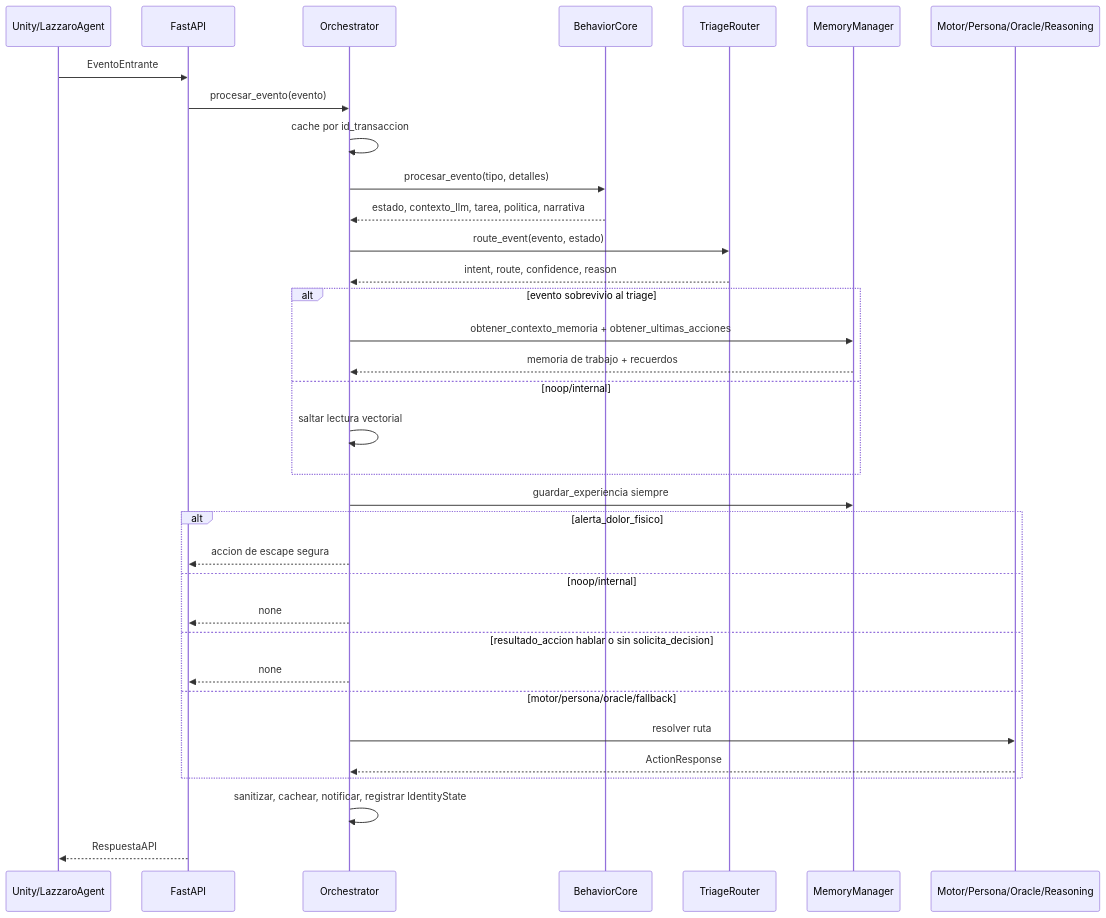
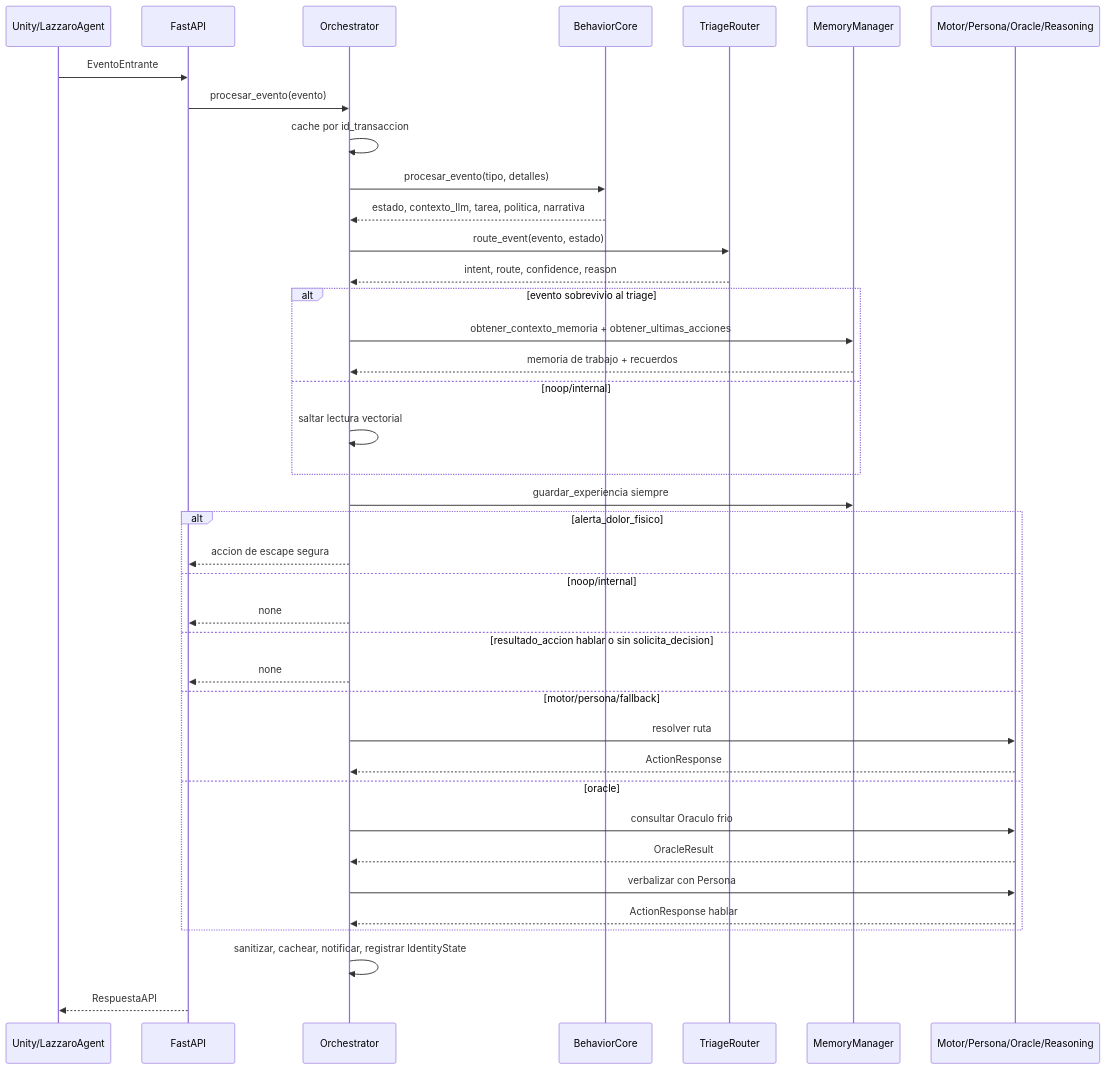
Before and after one commit to Genrex-code/Lazzaro: the second of 4 diagrams in docs/arquitectura_completa_lazzaro.md, drawn with Mermaid. The commit also changed other lines of this file and 11 other files, not shown here.

````diff
--- a/docs/arquitectura_completa_lazzaro.md
+++ b/docs/arquitectura_completa_lazzaro.md
@@ -75,37 +79,42 @@
 ```mermaid
 sequenceDiagram
     participant Unity as Unity/LazzaroAgent
     participant API as FastAPI
     participant Orch as Orchestrator
     participant Core as BehaviorCore
     participant Triage as TriageRouter
     participant Mem as MemoryManager
     participant Layer as Motor/Persona/Oracle/Reasoning
 
     Unity->>API: EventoEntrante
     API->>Orch: procesar_evento(evento)
     Orch->>Orch: cache por id_transaccion
     Orch->>Core: procesar_evento(tipo, detalles)
     Core-->>Orch: estado, contexto_llm, tarea, politica, narrativa
     Orch->>Triage: route_event(evento, estado)
     Triage-->>Orch: intent, route, confidence, reason
     alt evento sobrevivio al triage
         Orch->>Mem: obtener_contexto_memoria + obtener_ultimas_acciones
         Mem-->>Orch: memoria de trabajo + recuerdos
     else noop/internal
         Orch->>Orch: saltar lectura vectorial
     end
     Orch->>Mem: guardar_experiencia siempre
     alt alerta_dolor_fisico
         Orch-->>API: accion de escape segura
     else noop/internal
         Orch-->>API: none
     else resultado_accion hablar o sin solicita_decision
         Orch-->>API: none
-    else motor/persona/oracle/fallback
+    else motor/persona/fallback
         Orch->>Layer: resolver ruta
         Layer-->>Orch: ActionResponse
+    else oracle
+        Orch->>Layer: consultar Oraculo frio
+        Layer-->>Orch: OracleResult
+        Orch->>Layer: verbalizar con Persona
+        Layer-->>Orch: ActionResponse hablar
     end
     Orch->>Orch: sanitizar, cachear, notificar, registrar IdentityState
     API-->>Unity: RespuestaAPI
 ```
````
